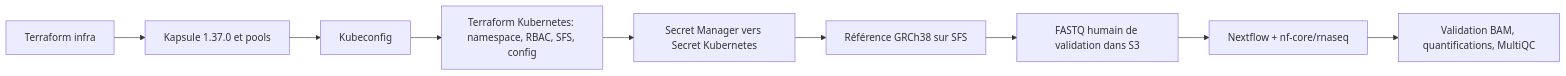
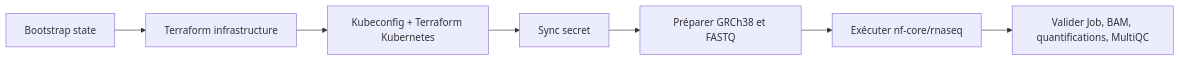
One commit to fg-scw/genomic-scw-nextflow changed the second of 2 diagrams in README.md. Above: the diagram before and after it, drawn with Mermaid. The commit also changed other lines of this file and 4 other files, not shown here.

````diff
--- a/README.md
+++ b/README.md
@@ -20,11 +26,9 @@
 ```mermaid
 flowchart LR
-    A[Terraform infra] --> B[Kapsule 1.37.0 et pools]
-    B --> C[Kubeconfig]
-    C --> D[Terraform Kubernetes: namespace, RBAC, SFS, config]
-    D --> E[Secret Manager vers Secret Kubernetes]
-    E --> F[Référence GRCh38 sur SFS]
-    F --> G[FASTQ humain de validation dans S3]
-    G --> H[Nextflow + nf-core/rnaseq]
-    H --> I[Validation BAM, quantifications, MultiQC]
+  A[Bootstrap state] --> B[Terraform infrastructure]
+  B --> C[Kubeconfig + Terraform Kubernetes]
+  C --> D[Sync secret]
+  D --> E[Préparer GRCh38 et FASTQ]
+  E --> F[Exécuter nf-core/rnaseq]
+  F --> G[Valider Job, BAM, quantifications, MultiQC]
 ```
````
